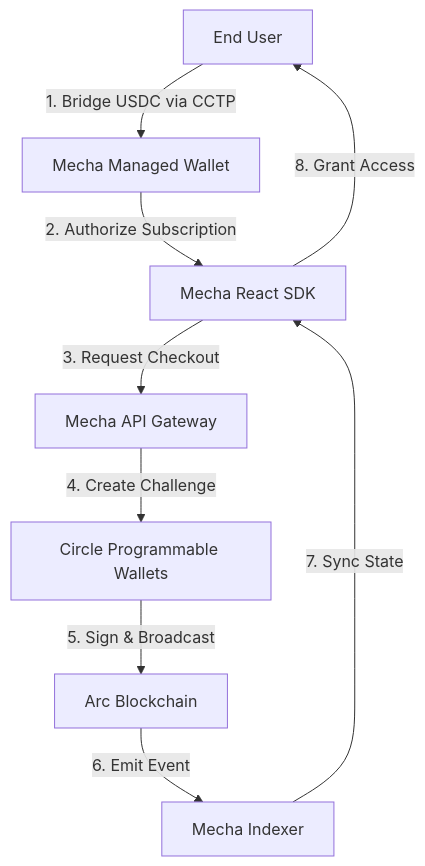
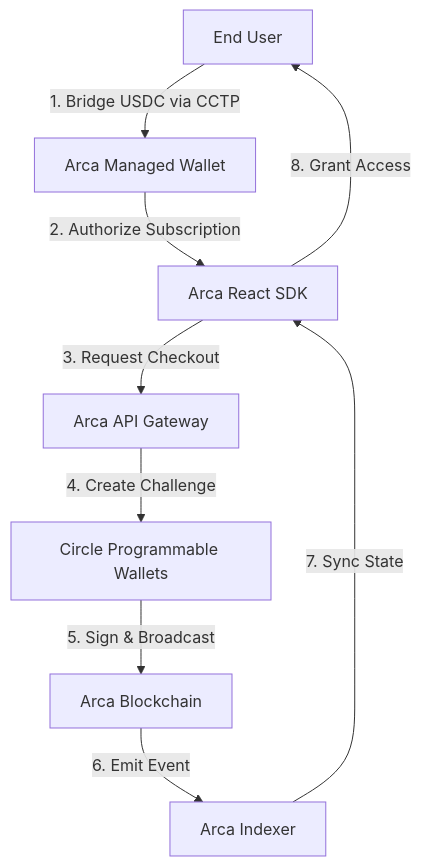
One commit to Vishal-770/arca changed the diagram in README.md. Above: the diagram before and after it, drawn with Mermaid. The commit also changed other lines of this file, not shown here.

Commit message:
docs: Rename Mecha Pay / Mecha to Arca in README.md

````diff
--- a/README.md
+++ b/README.md
@@ -26,11 +26,11 @@
 ```mermaid
 graph TD
-    A[End User] -->|1. Bridge USDC via CCTP| B[Mecha Managed Wallet]
-    B -->|2. Authorize Subscription| C[Mecha React SDK]
-    C -->|3. Request Checkout| D[Mecha API Gateway]
+    A[End User] -->|1. Bridge USDC via CCTP| B[Arca Managed Wallet]
+    B -->|2. Authorize Subscription| C[Arca React SDK]
+    C -->|3. Request Checkout| D[Arca API Gateway]
     D -->|4. Create Challenge| E[Circle Programmable Wallets]
-    E -->|5. Sign & Broadcast| F[Arc Blockchain]
-    F -->|6. Emit Event| G[Mecha Indexer]
+    E -->|5. Sign & Broadcast| F[Arca Blockchain]
+    F -->|6. Emit Event| G[Arca Indexer]
     G -->|7. Sync State| C
     C -->|8. Grant Access| A
 ```
````
